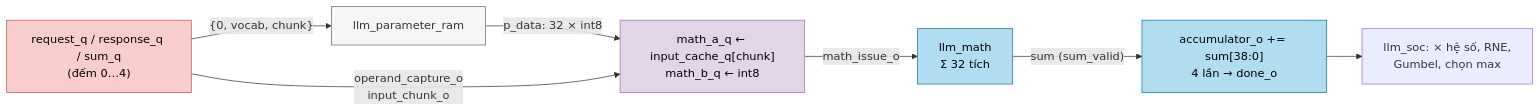
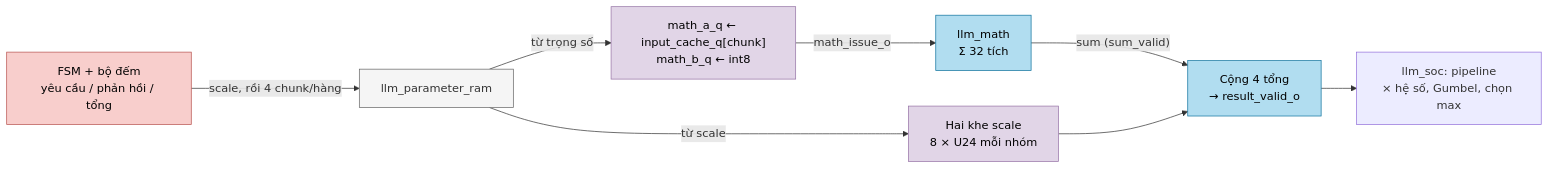
One commit to nguyennhutkhanhtom/NPU changed the first of 2 diagrams in Verilog Source code/doc/modules/llm_head_engine.md. Above: the diagram before and after it, drawn with Mermaid. The commit also changed other lines of this file and 119 other files, not shown here.

````diff
--- a/Verilog Source code/doc/modules/llm_head_engine.md
+++ b/Verilog Source code/doc/modules/llm_head_engine.md
@@ -48,13 +54,14 @@
 ```mermaid
 flowchart LR
     classDef ctrl fill:#f8cecc,stroke:#b85450,color:#000
     classDef mac fill:#b1ddf0,stroke:#10739e,color:#000
     classDef param fill:#f5f5f5,stroke:#666666,color:#333
     classDef reg fill:#e1d5e7,stroke:#9673a6,color:#000
-    ENG["request_q / response_q / sum_q<br/>(đếm 0…4)"]:::ctrl -->|"{0, vocab, chunk}"| PR["llm_parameter_ram"]:::param
-    PR -->|"p_data: 32 × int8"| CAP["math_a_q ← input_cache_q[chunk]<br/>math_b_q ← int8"]:::reg
-    ENG -->|"operand_capture_o<br/>input_chunk_o"| CAP
+    ENG["FSM + bộ đếm<br/>yêu cầu / phản hồi / tổng"]:::ctrl -->|"scale, rồi 4 chunk/hàng"| PR["llm_parameter_ram"]:::param
+    PR -->|"từ scale"| SC["Hai khe scale<br/>8 × U24 mỗi nhóm"]:::reg
+    PR -->|"từ trọng số"| CAP["math_a_q ← input_cache_q[chunk]<br/>math_b_q ← int8"]:::reg
     CAP -->|"math_issue_o"| M["llm_math<br/>Σ 32 tích"]:::mac
-    M -->|"sum (sum_valid)"| ACC["accumulator_o += sum[38:0]<br/>4 lần → done_o"]:::mac
-    ACC --> SOC["llm_soc: × hệ số, RNE,<br/>Gumbel, chọn max"]
+    M -->|"sum (sum_valid)"| ACC["Cộng 4 tổng<br/>→ result_valid_o"]:::mac
+    SC --> ACC
+    ACC --> SOC["llm_soc: pipeline<br/>× hệ số, Gumbel, chọn max"]
 ```
````
